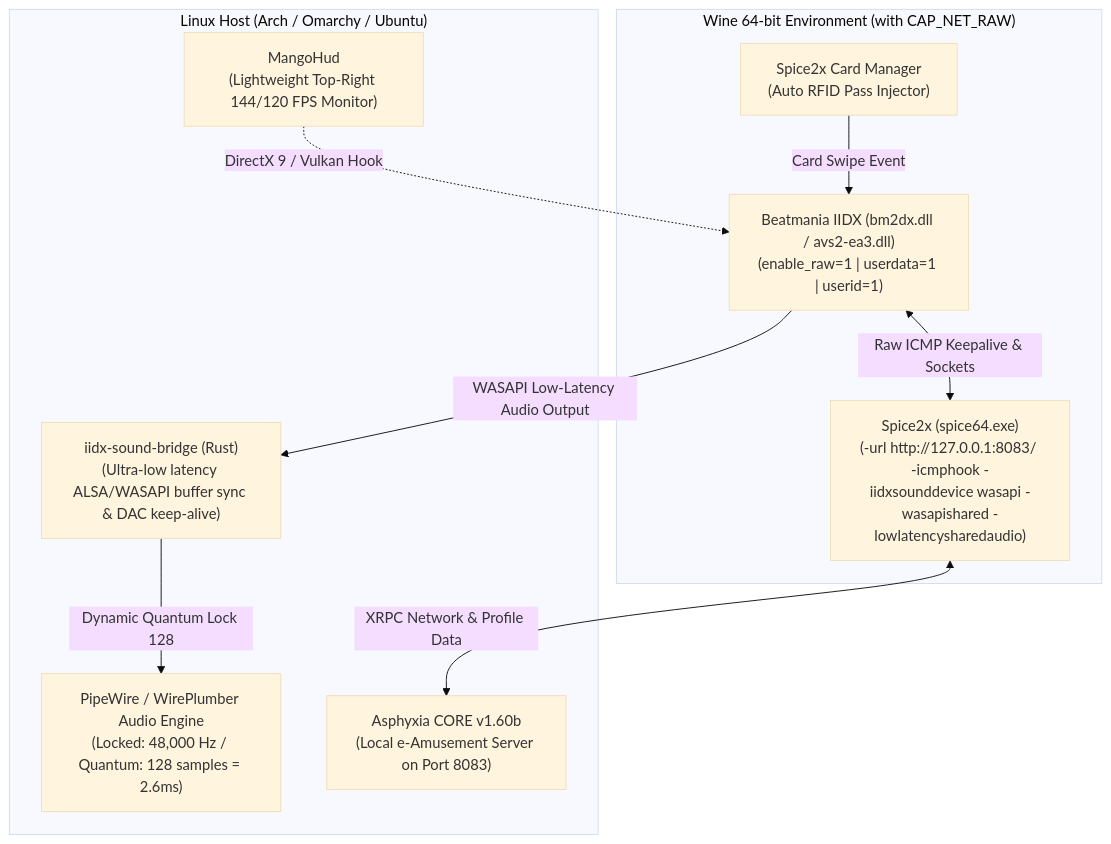
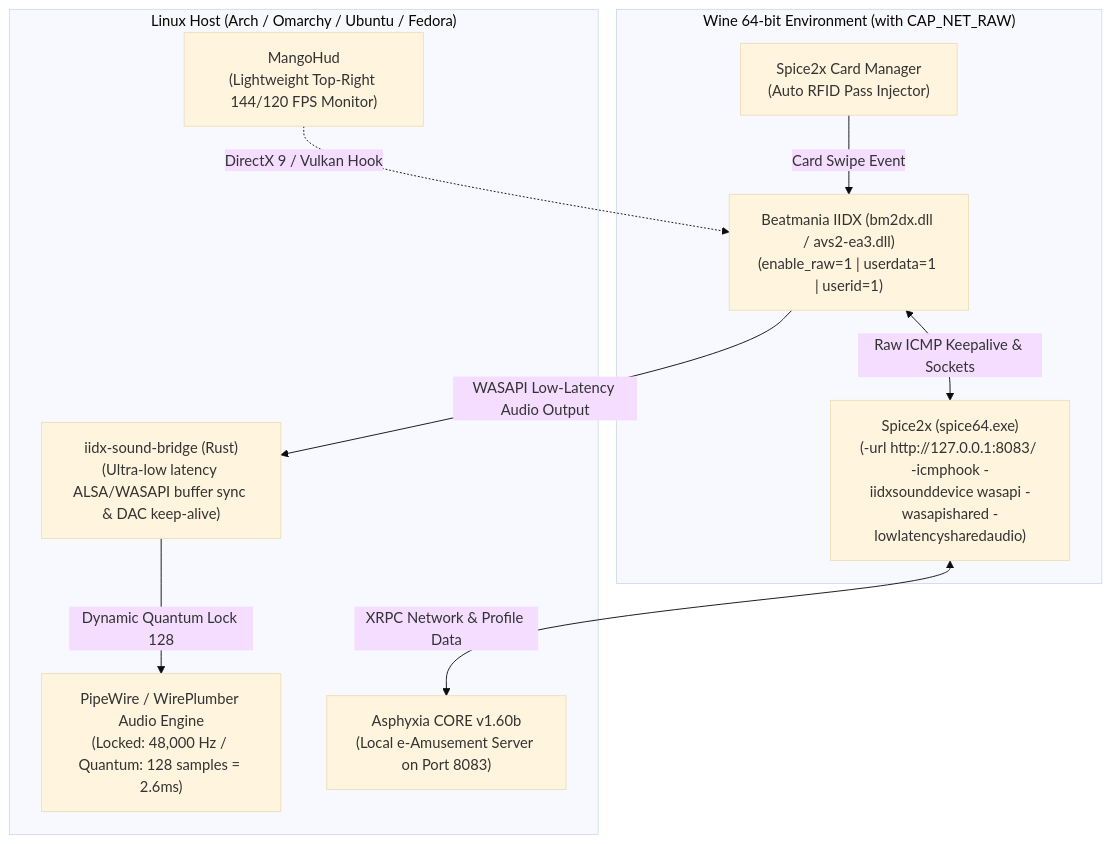
Before and after one commit to Djkawada/Beatmania-IIDX-Linux: the diagram in README.md, drawn with Mermaid (base theme). The commit also changed other lines of this file and 61 other files, not shown here.

````diff
--- a/README.md
+++ b/README.md
@@ -29,22 +31,22 @@
 ```mermaid
 flowchart TB
-    subgraph LinuxHost ["Linux Host (Arch / Omarchy / Ubuntu)"]
+    subgraph LinuxHost ["Linux Host (Arch / Omarchy / Ubuntu / Fedora)"]
         PW["PipeWire / WirePlumber Audio Engine\n(Locked: 48,000 Hz / Quantum: 128 samples = 2.6ms)"]
         Bridge["iidx-sound-bridge (Rust)\n(Ultra-low latency ALSA/WASAPI buffer sync & DAC keep-alive)"]
         Asphyxia["Asphyxia CORE v1.60b\n(Local e-Amusement Server on Port 8083)"]
         Mango["MangoHud\n(Lightweight Top-Right 144/120 FPS Monitor)"]
     end
 
     subgraph WineEnv ["Wine 64-bit Environment (with CAP_NET_RAW)"]
         Spice["Spice2x (spice64.exe)\n(-url http://127.0.0.1:8083/ -icmphook -iidxsounddevice wasapi -wasapishared -lowlatencysharedaudio)"]
         Game["Beatmania IIDX (bm2dx.dll / avs2-ea3.dll)\n(enable_raw=1 | userdata=1 | userid=1)"]
         CardMgr["Spice2x Card Manager\n(Auto RFID Pass Injector)"]
     end
 
     Bridge -->|Dynamic Quantum Lock 128| PW
     Game -->|WASAPI Low-Latency Audio Output| Bridge
     Game <-->|Raw ICMP Keepalive & Sockets| Spice
     Spice <-->|XRPC Network & Profile Data| Asphyxia
     CardMgr -->|Card Swipe Event| Game
     Mango -.->|DirectX 9 / Vulkan Hook| Game
 ```
````
